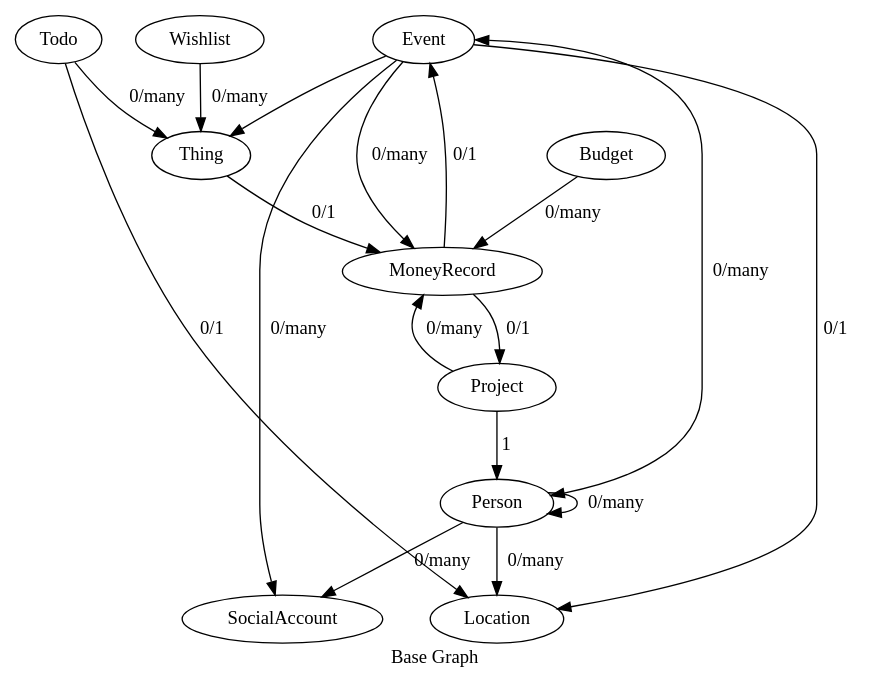
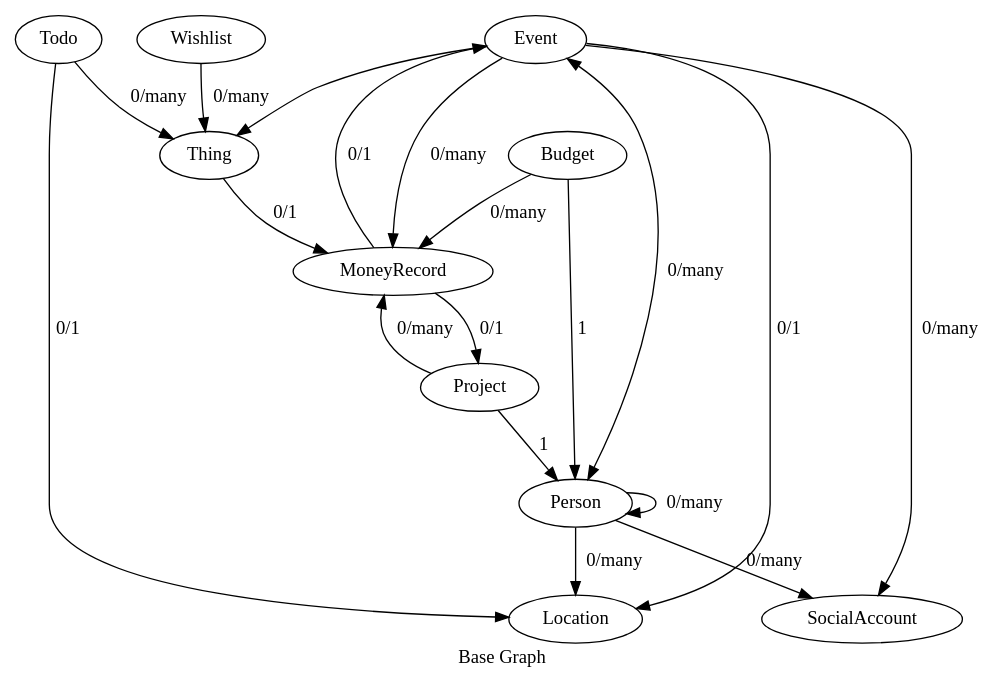
Before and after one commit to bdatdo0601/akazam: the diagram in docs/diagrams/Base.gv, drawn with Graphviz. The commit also changed 2 other files, not shown here.

Commit message:
start social account schema

```diff
--- a/docs/diagrams/Base.gv
+++ b/docs/diagrams/Base.gv
@@ -1,20 +1,21 @@
 strict digraph BaseDiagram{
     label="Base Graph"
     Event -> SocialAccount [label=" 0/many"];
     Person -> Person [label=" 0/many"];
     Budget -> MoneyRecord [label=" 0/many"];
     Event -> Person [dir="both" label=" 0/many"];
     MoneyRecord -> Event [label=" 0/1"];
     Event -> MoneyRecord [label=" 0/many"];
     Person -> Location [label=" 0/many"];
     Event -> Thing [lable=" 0/many"];
     Event -> Location [label=" 0/1"];
     Person -> SocialAccount [label=" 0/many"];
     Project -> MoneyRecord [label=" 0/many"];
     MoneyRecord -> Project [label=" 0/1"];
     Todo -> Location [label=" 0/1"];
     Todo -> Thing [label=" 0/many"];
     Thing -> MoneyRecord [label=" 0/1"];
     Wishlist -> Thing [label=" 0/many"];
     Project -> Person [label=" 1"];
+    Budget -> Person [label=" 1"];
 }
```
